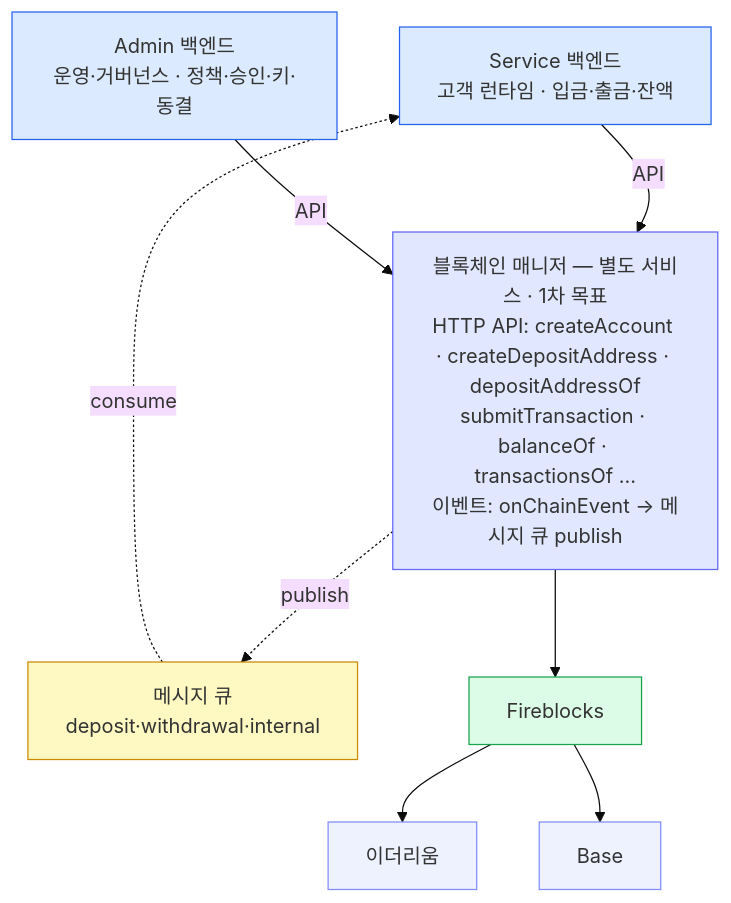
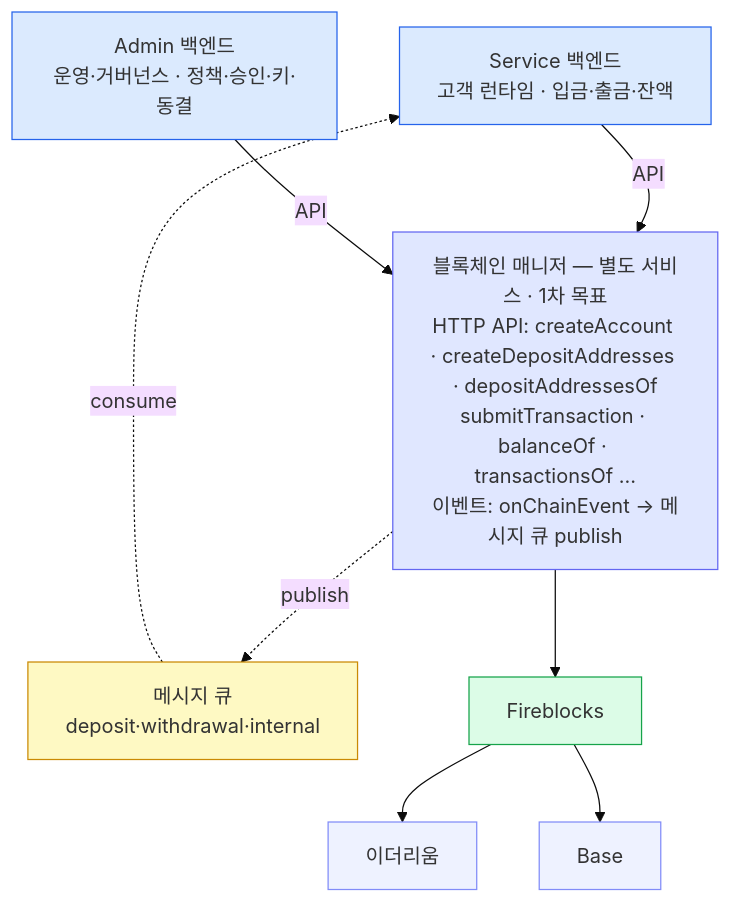
The first of 2 diagrams in blockchain-manager/docs/블록체인매니저/설계/00-cast.md (eunsujeo/eunpus), drawn with Mermaid (base theme) before and after one commit. The commit also changed other lines of this file and 13 other files, not shown here.

````diff
--- a/blockchain-manager/docs/블록체인매니저/설계/00-cast.md
+++ b/blockchain-manager/docs/블록체인매니저/설계/00-cast.md
@@ -20,29 +20,29 @@
 ```mermaid
 flowchart TB
     SVC["Service 백엔드<br/>고객 런타임 · 입금·출금·잔액"]
     ADM["Admin 백엔드<br/>운영·거버넌스 · 정책·승인·키·동결"]
-    BM["블록체인 매니저 — 별도 서비스 · 1차 목표<br/>HTTP API: createAccount · createDepositAddress · depositAddressOf<br/>submitTransaction · balanceOf · transactionsOf …<br/>이벤트: onChainEvent → 메시지 큐 publish"]
+    BM["블록체인 매니저 — 별도 서비스 · 1차 목표<br/>HTTP API: createAccount · createDepositAddresses · depositAddressesOf<br/>submitTransaction · balanceOf · transactionsOf …<br/>이벤트: onChainEvent → 메시지 큐 publish"]
     MQ["메시지 큐<br/>deposit·withdrawal·internal"]
     FB["Fireblocks"]
     ETH["이더리움"]
     BASE["Base"]
 
     SVC -->|API| BM
     ADM -->|API| BM
     BM -.->|publish| MQ
     MQ -.->|consume| SVC
     BM --> FB
     FB --> ETH
     FB --> BASE
 
     classDef be fill:#dbeafe,stroke:#2563eb;
     classDef port fill:#e0e7ff,stroke:#6366f1;
     classDef vendor fill:#dcfce7,stroke:#16a34a;
     classDef chain fill:#eef2ff,stroke:#818cf8;
     classDef mq fill:#fef9c3,stroke:#ca8a04;
     class SVC,ADM be
     class BM port
     class FB vendor
     class ETH,BASE chain
     class MQ mq
 ```
````
